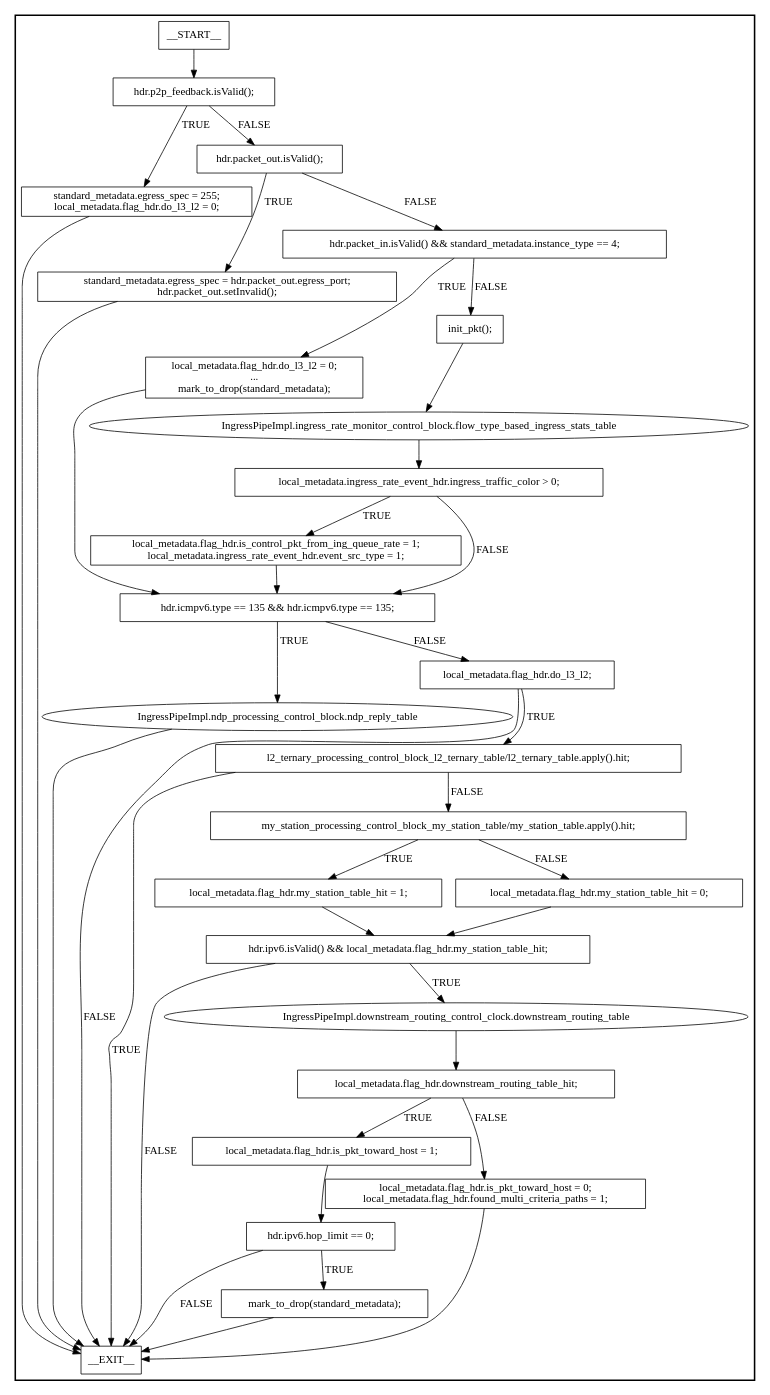
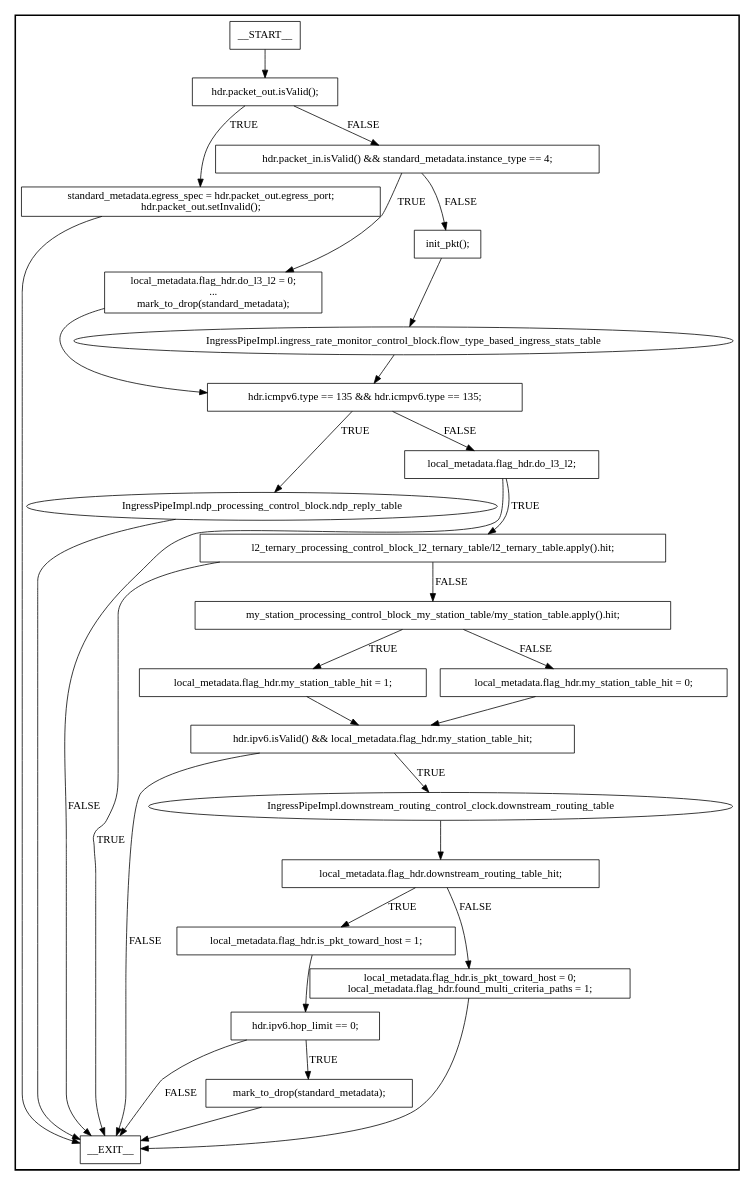
The diagram in p4src/graphs/leaf/IngressPipeImpl.dot (drobinkent/P4TE_UPTO_ELSEVIER_CN_REVISION_1), drawn with Graphviz before and after one commit. The commit also changed 831 other files, not shown here.

```diff
--- a/p4src/graphs/leaf/IngressPipeImpl.dot
+++ b/p4src/graphs/leaf/IngressPipeImpl.dot
@@ -1,74 +1,62 @@
 digraph IngressPipeImpl {
 subgraph cluster {
 graph [
 label="", labeljust=r, style=bold];
 0[label=__START__, margin="", shape=rectangle, style=solid];
 1[label=__EXIT__, margin="", shape=rectangle, style=solid];
-2[label="hdr.p2p_feedback.isValid();", margin="", shape=rectangle, style=solid];
-3[label="standard_metadata.egress_spec = 255;
-local_metadata.flag_hdr.do_l3_l2 = 0;", margin="", shape=rectangle, style=solid];
-4[label="hdr.packet_out.isValid();", margin="", shape=rectangle, style=solid];
-5[label="standard_metadata.egress_spec = hdr.packet_out.egress_port;
+2[label="hdr.packet_out.isValid();", margin="", shape=rectangle, style=solid];
+3[label="standard_metadata.egress_spec = hdr.packet_out.egress_port;
 hdr.packet_out.setInvalid();", margin="", shape=rectangle, style=solid];
-6[label="hdr.packet_in.isValid() && standard_metadata.instance_type == 4;", margin="", shape=rectangle, style=solid];
-7[label="local_metadata.flag_hdr.do_l3_l2 = 0;
+4[label="hdr.packet_in.isValid() && standard_metadata.instance_type == 4;", margin="", shape=rectangle, style=solid];
+5[label="local_metadata.flag_hdr.do_l3_l2 = 0;
 ...
 mark_to_drop(standard_metadata);", margin="", shape=rectangle, style=solid];
-8[label="init_pkt();", margin="", shape=rectangle, style=solid];
-9[label="IngressPipeImpl.ingress_rate_monitor_control_block.flow_type_based_ingress_stats_table", margin="", shape=ellipse, style=solid];
-10[label="local_metadata.ingress_rate_event_hdr.ingress_traffic_color > 0;", margin="", shape=rectangle, style=solid];
-11[label="local_metadata.flag_hdr.is_control_pkt_from_ing_queue_rate = 1;
-local_metadata.ingress_rate_event_hdr.event_src_type = 1;", margin="", shape=rectangle, style=solid];
-12[label="hdr.icmpv6.type == 135 && hdr.icmpv6.type == 135;", margin="", shape=rectangle, style=solid];
-13[label="IngressPipeImpl.ndp_processing_control_block.ndp_reply_table", margin="", shape=ellipse, style=solid];
-14[label="local_metadata.flag_hdr.do_l3_l2;", margin="", shape=rectangle, style=solid];
-15[label="l2_ternary_processing_control_block_l2_ternary_table/l2_ternary_table.apply().hit;", margin="", shape=rectangle, style=solid];
-16[label="my_station_processing_control_block_my_station_table/my_station_table.apply().hit;", margin="", shape=rectangle, style=solid];
-17[label="local_metadata.flag_hdr.my_station_table_hit = 1;", margin="", shape=rectangle, style=solid];
-18[label="local_metadata.flag_hdr.my_station_table_hit = 0;", margin="", shape=rectangle, style=solid];
-19[label="hdr.ipv6.isValid() && local_metadata.flag_hdr.my_station_table_hit;", margin="", shape=rectangle, style=solid];
-20[label="IngressPipeImpl.downstream_routing_control_clock.downstream_routing_table", margin="", shape=ellipse, style=solid];
-21[label="local_metadata.flag_hdr.downstream_routing_table_hit;", margin="", shape=rectangle, style=solid];
-22[label="local_metadata.flag_hdr.is_pkt_toward_host = 1;", margin="", shape=rectangle, style=solid];
-23[label="hdr.ipv6.hop_limit == 0;", margin="", shape=rectangle, style=solid];
-24[label="mark_to_drop(standard_metadata);", margin="", shape=rectangle, style=solid];
-25[label="local_metadata.flag_hdr.is_pkt_toward_host = 0;
+6[label="init_pkt();", margin="", shape=rectangle, style=solid];
+7[label="IngressPipeImpl.ingress_rate_monitor_control_block.flow_type_based_ingress_stats_table", margin="", shape=ellipse, style=solid];
+8[label="hdr.icmpv6.type == 135 && hdr.icmpv6.type == 135;", margin="", shape=rectangle, style=solid];
+9[label="IngressPipeImpl.ndp_processing_control_block.ndp_reply_table", margin="", shape=ellipse, style=solid];
+10[label="local_metadata.flag_hdr.do_l3_l2;", margin="", shape=rectangle, style=solid];
+11[label="l2_ternary_processing_control_block_l2_ternary_table/l2_ternary_table.apply().hit;", margin="", shape=rectangle, style=solid];
+12[label="my_station_processing_control_block_my_station_table/my_station_table.apply().hit;", margin="", shape=rectangle, style=solid];
+13[label="local_metadata.flag_hdr.my_station_table_hit = 1;", margin="", shape=rectangle, style=solid];
+14[label="local_metadata.flag_hdr.my_station_table_hit = 0;", margin="", shape=rectangle, style=solid];
+15[label="hdr.ipv6.isValid() && local_metadata.flag_hdr.my_station_table_hit;", margin="", shape=rectangle, style=solid];
+16[label="IngressPipeImpl.downstream_routing_control_clock.downstream_routing_table", margin="", shape=ellipse, style=solid];
+17[label="local_metadata.flag_hdr.downstream_routing_table_hit;", margin="", shape=rectangle, style=solid];
+18[label="local_metadata.flag_hdr.is_pkt_toward_host = 1;", margin="", shape=rectangle, style=solid];
+19[label="hdr.ipv6.hop_limit == 0;", margin="", shape=rectangle, style=solid];
+20[label="mark_to_drop(standard_metadata);", margin="", shape=rectangle, style=solid];
+21[label="local_metadata.flag_hdr.is_pkt_toward_host = 0;
 local_metadata.flag_hdr.found_multi_criteria_paths = 1;", margin="", shape=rectangle, style=solid];
 0 -> 2[label=""];
 2 -> 3[label=TRUE];
 2 -> 4[label=FALSE];
 3 -> 1[label=""];
 4 -> 5[label=TRUE];
 4 -> 6[label=FALSE];
-5 -> 1[label=""];
-6 -> 7[label=TRUE];
-6 -> 8[label=FALSE];
-7 -> 12[label=""];
-8 -> 9[label=""];
-9 -> 10[label=""];
+5 -> 8[label=""];
+6 -> 7[label=""];
+7 -> 8[label=""];
+8 -> 9[label=TRUE];
+8 -> 10[label=FALSE];
+9 -> 1[label=""];
 10 -> 11[label=TRUE];
-10 -> 12[label=FALSE];
-11 -> 12[label=""];
+10 -> 1[label=FALSE];
+11 -> 1[label=TRUE];
+11 -> 12[label=FALSE];
 12 -> 13[label=TRUE];
 12 -> 14[label=FALSE];
-13 -> 1[label=""];
-14 -> 15[label=TRUE];
-14 -> 1[label=FALSE];
-15 -> 1[label=TRUE];
-15 -> 16[label=FALSE];
-16 -> 17[label=TRUE];
-16 -> 18[label=FALSE];
-17 -> 19[label=""];
+13 -> 15[label=""];
+14 -> 15[label=""];
+15 -> 16[label=TRUE];
+15 -> 1[label=FALSE];
+16 -> 17[label=""];
+17 -> 18[label=TRUE];
+17 -> 21[label=FALSE];
 18 -> 19[label=""];
 19 -> 20[label=TRUE];
 19 -> 1[label=FALSE];
-20 -> 21[label=""];
-21 -> 22[label=TRUE];
-21 -> 25[label=FALSE];
-22 -> 23[label=""];
-23 -> 24[label=TRUE];
-23 -> 1[label=FALSE];
-24 -> 1[label=""];
-25 -> 1[label=""];
+20 -> 1[label=""];
+21 -> 1[label=""];
 }
 }
```
